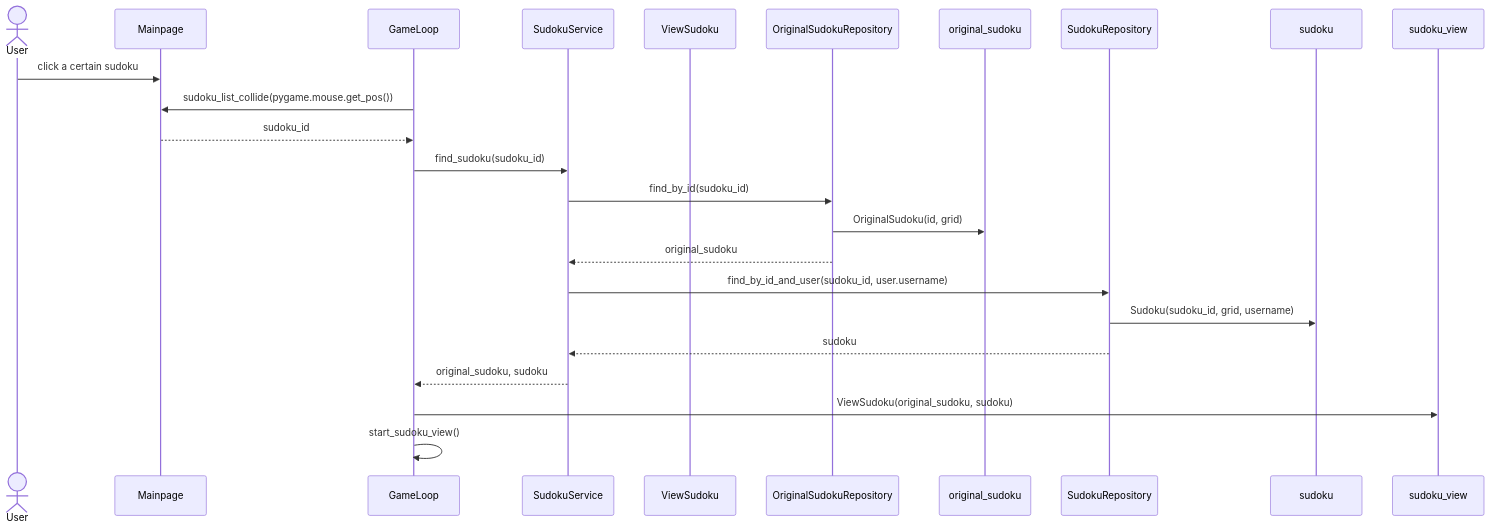
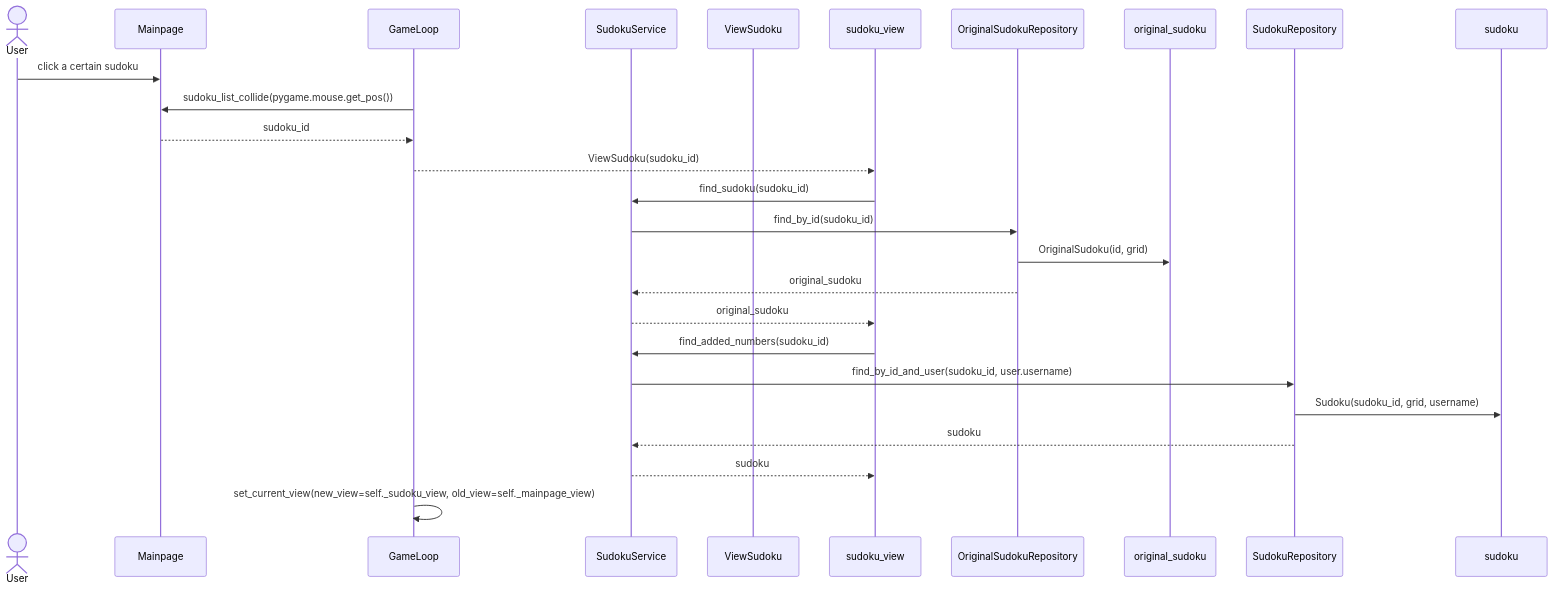
The fifth of 6 diagrams in dokumentaatio/arkkitehtuuri.md (oliviahorjamo/OhTe-harjoitustyo-2022), drawn with Mermaid before and after one commit. The commit also changed other lines of this file, not shown here.

````diff
--- a/dokumentaatio/arkkitehtuuri.md
+++ b/dokumentaatio/arkkitehtuuri.md
@@ -187,21 +187,23 @@
 ```mermaid
 sequenceDiagram
   actor User
   participant Mainpage
   participant GameLoop
   participant SudokuService
   participant ViewSudoku
   User->>Mainpage: click a certain sudoku
   GameLoop->>Mainpage: sudoku_list_collide(pygame.mouse.get_pos())
   Mainpage-->>GameLoop: sudoku_id
-  GameLoop->>SudokuService: find_sudoku(sudoku_id)
+  GameLoop-->>sudoku_view: ViewSudoku(sudoku_id)
+  sudoku_view->>SudokuService: find_sudoku(sudoku_id)
   SudokuService->>OriginalSudokuRepository: find_by_id(sudoku_id)
   OriginalSudokuRepository->>original_sudoku: OriginalSudoku(id, grid)
   OriginalSudokuRepository-->>SudokuService: original_sudoku
+  SudokuService-->>sudoku_view: original_sudoku
+  sudoku_view->>SudokuService: find_added_numbers(sudoku_id)
   SudokuService->>SudokuRepository: find_by_id_and_user(sudoku_id, user.username)
   SudokuRepository->>sudoku: Sudoku(sudoku_id, grid, username)
   SudokuRepository-->>SudokuService: sudoku
-  SudokuService-->>GameLoop: original_sudoku, sudoku
-  GameLoop->>sudoku_view: ViewSudoku(original_sudoku, sudoku)
-  GameLoop->>GameLoop: start_sudoku_view()
+  SudokuService-->>sudoku_view: sudoku
+  GameLoop->>GameLoop: set_current_view(new_view=self._sudoku_view, old_view=self._mainpage_view)
 ```
````
